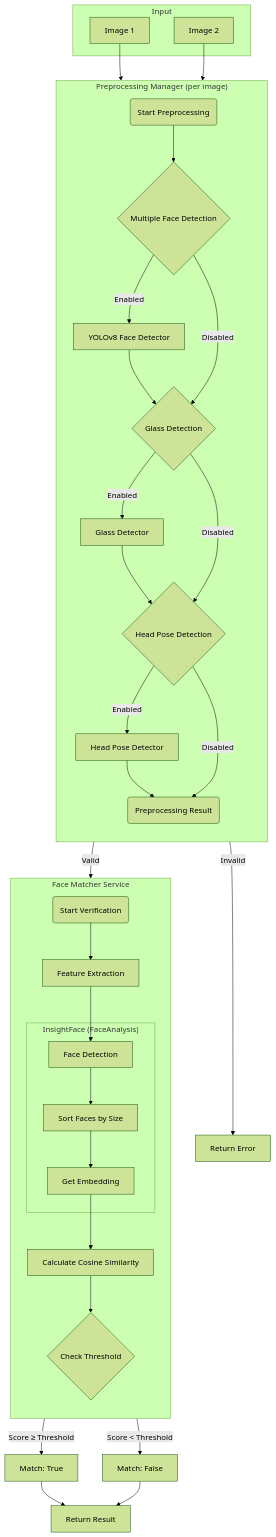
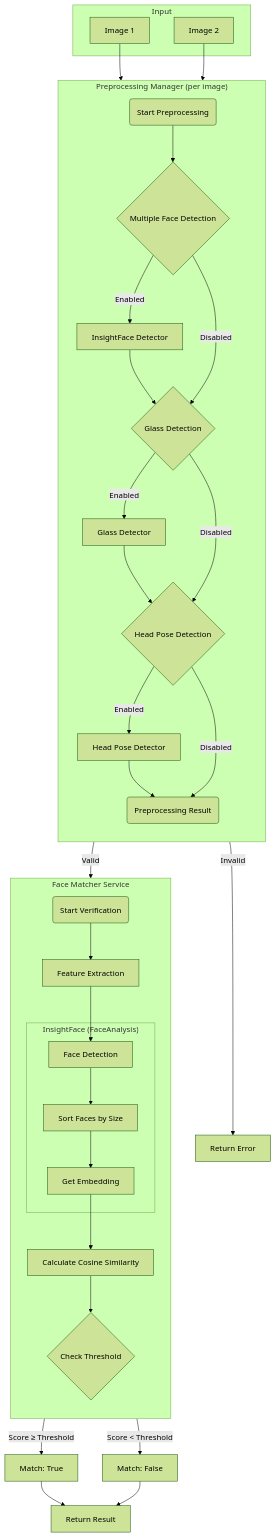
The diagram in README.md (SharminNusrat/Face-Verification), drawn with Mermaid (forest theme) before and after one commit. The commit also changed other lines of this file and 9 other files, not shown here.

Commit message:
again shifted to YOLO [yolov8s, yolov8n, yolov26n]. now I hope the false positive is no more. ;(

````diff
--- a/README.md
+++ b/README.md
@@ -51,68 +51,68 @@
 ```mermaid
 graph TD
     subgraph Input
         I1[Image 1]
         I2[Image 2]
     end
 
     subgraph Preprocessing_Manager["Preprocessing Manager (per image)"]
         direction TB
         PM_Start(Start Preprocessing)
         
         Check1{Multiple Face Detection}
-        YOLO[YOLOv8 Face Detector]
+        IF_Det[InsightFace Detector]
         
         Check2{Glass Detection}
         GD[Glass Detector]
         
         Check3{Head Pose Detection}
         HPD[Head Pose Detector]
         
         PM_Start --> Check1
-        Check1 -- Enabled --> YOLO
-        YOLO --> Check2
+        Check1 -- Enabled --> IF_Det
+        IF_Det --> Check2
         Check1 -- Disabled --> Check2
         
         Check2 -- Enabled --> GD
         GD --> Check3
         Check2 -- Disabled --> Check3
         
         Check3 -- Enabled --> HPD
         HPD --> PM_End(Preprocessing Result)
         Check3 -- Disabled --> PM_End
     end
 
     subgraph Face_Matcher["Face Matcher Service"]
         direction TB
         FM_Start(Start Verification)
         
         FE[Feature Extraction]
         subgraph InsightFace["InsightFace (FaceAnalysis)"]
             Det[Face Detection]
             Sort[Sort Faces by Size]
             Emb[Get Embedding]
         end
         
         Calc[Calculate Cosine Similarity]
         Thresh{Check Threshold}
         
         FM_Start --> FE
         FE --> Det
         Det --> Sort
         Sort --> Emb
         Emb --> Calc
         Calc --> Thresh
     end
 
     I1 --> PM_Start
     I2 --> PM_Start
     
     PM_End -- "Valid" --> FM_Start
     PM_End -- "Invalid" --> Error[Return Error]
 
     Thresh -- "Score ≥ Threshold" --> Match[Match: True]
     Thresh -- "Score < Threshold" --> NoMatch[Match: False]
 
     Match --> Result[Return Result]
     NoMatch --> Result
 ```
````
